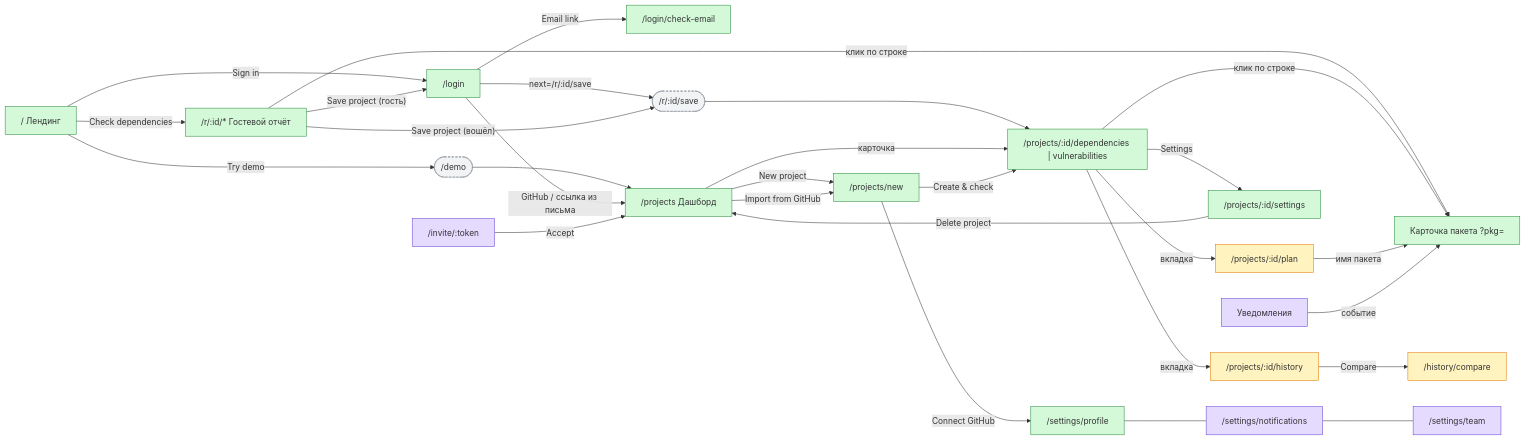
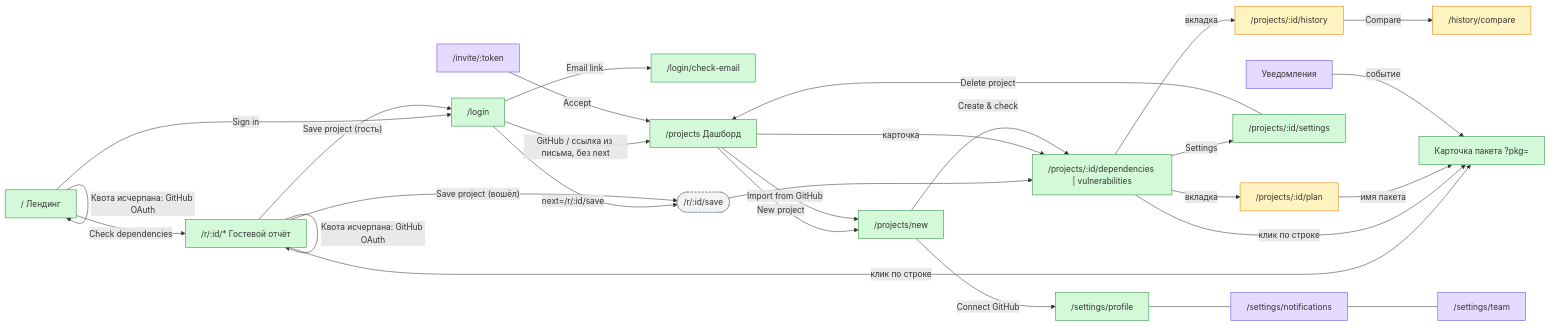
The diagram in docs/screens.md (two-lifes/dependency-radar), drawn with Mermaid before and after one commit. The commit also changed other lines of this file and 4 other files, not shown here.

Commit message:
docs: specify guest check quota and demo retirement for task 26.2

````diff
--- a/docs/screens.md
+++ b/docs/screens.md
@@ -57,53 +59,53 @@
 ```mermaid
 flowchart LR
   classDef mvp fill:#d3f9d8,stroke:#2b8a3e
   classDef v11 fill:#fff3bf,stroke:#e67700
   classDef v12 fill:#e5dbff,stroke:#6741d9
   classDef sys fill:#f1f3f5,stroke:#868e96,stroke-dasharray:4 3
 
   Landing["/ Лендинг"]:::mvp
   Login["/login"]:::mvp
   CheckEmail["/login/check-email"]:::mvp
-  Demo(["/demo"]):::sys
   GuestReport["/r/:id/* Гостевой отчёт"]:::mvp
   Save(["/r/:id/save"]):::sys
   Projects["/projects Дашборд"]:::mvp
   NewProject["/projects/new"]:::mvp
   Report["/projects/:id/dependencies | vulnerabilities"]:::mvp
   Plan["/projects/:id/plan"]:::v11
   History["/projects/:id/history"]:::v11
   Compare["/history/compare"]:::v11
   Drawer["Карточка пакета ?pkg="]:::mvp
   ProjectSettings["/projects/:id/settings"]:::mvp
   Profile["/settings/profile"]:::mvp
   NotifSettings["/settings/notifications"]:::v12
   Team["/settings/team"]:::v12
   Notifications["Уведомления"]:::v12
   Invite["/invite/:token"]:::v12
 
   Landing -- "Check dependencies" --> GuestReport
-  Landing -- "Try demo" --> Demo --> Projects
+  Landing -- "Квота исчерпана: GitHub OAuth" --> Landing
+  GuestReport -- "Квота исчерпана: GitHub OAuth" --> GuestReport
   Landing -- "Sign in" --> Login
   Login -- "Email link" --> CheckEmail
-  Login -- "GitHub / ссылка из письма" --> Projects
+  Login -- "GitHub / ссылка из письма, без next" --> Projects
   GuestReport -- "Save project (гость)" --> Login
   Login -- "next=/r/:id/save" --> Save
   GuestReport -- "Save project (вошёл)" --> Save
   Save --> Report
   GuestReport -- "клик по строке" --> Drawer
   Projects -- "карточка" --> Report
   Projects -- "New project" --> NewProject
   NewProject -- "Create & check" --> Report
   Projects -- "Import from GitHub" --> NewProject
   NewProject -- "Connect GitHub" --> Profile
   Report -- "клик по строке" --> Drawer
   Report -- "вкладка" --> Plan
   Report -- "вкладка" --> History
   History -- "Compare" --> Compare
   Plan -- "имя пакета" --> Drawer
   Report -- "Settings" --> ProjectSettings
   ProjectSettings -- "Delete project" --> Projects
   Notifications -- "событие" --> Drawer
   Invite -- "Accept" --> Projects
   Profile --- NotifSettings --- Team
 ```
````
